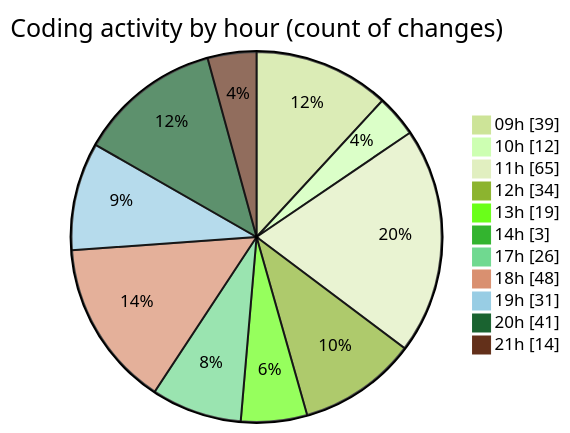
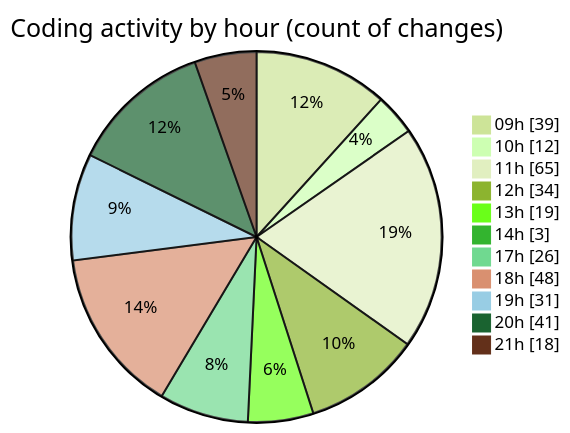
The second of 2 diagrams in 2025-03-04/cda/README.md (momahboobian/code-tracking), drawn with Mermaid (forest theme) before and after one commit. The commit also changed other lines of this file and 1 other file, not shown here.

````diff
--- a/2025-03-04/cda/README.md
+++ b/2025-03-04/cda/README.md
@@ -48,15 +48,15 @@
 ```mermaid
 pie showData
 title Coding activity by hour (count of changes)
 "09h" : 39
 "10h" : 12
 "11h" : 65
 "12h" : 34
 "13h" : 19
 "14h" : 3
 "17h" : 26
 "18h" : 48
 "19h" : 31
 "20h" : 41
-"21h" : 14
+"21h" : 18
 ```
````
